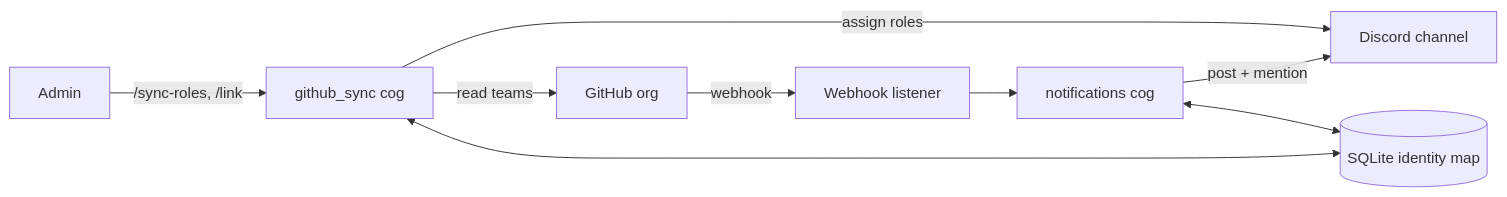
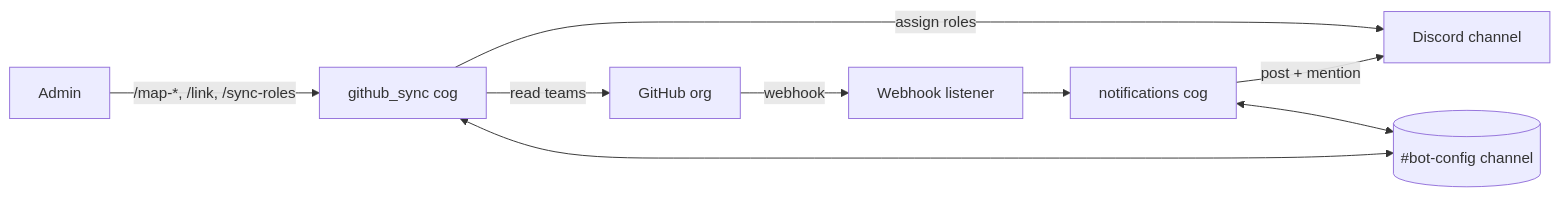
Before and after one commit to ranqialabs/workspace: the diagram in docs/index.md, drawn with Mermaid. The commit also changed other lines of this file and 4 other files, not shown here.

Commit message:
docs: rewrite setup guide for zero-ID config and channel-backed storage

````diff
--- a/docs/index.md
+++ b/docs/index.md
@@ -55,11 +55,11 @@
 ```mermaid
 graph LR
   GH[GitHub org] -- webhook --> W[Webhook listener]
   W --> N[notifications cog]
   N -- post + mention --> DC[Discord channel]
-  A[Admin] -- /sync-roles, /link --> S[github_sync cog]
+  A[Admin] -- "/map-*, /link, /sync-roles" --> S[github_sync cog]
   S -- read teams --> GH
   S -- assign roles --> DC
-  S <--> DB[(SQLite identity map)]
-  N <--> DB
+  S <--> CFG[(#bot-config channel)]
+  N <--> CFG
 ```
````
